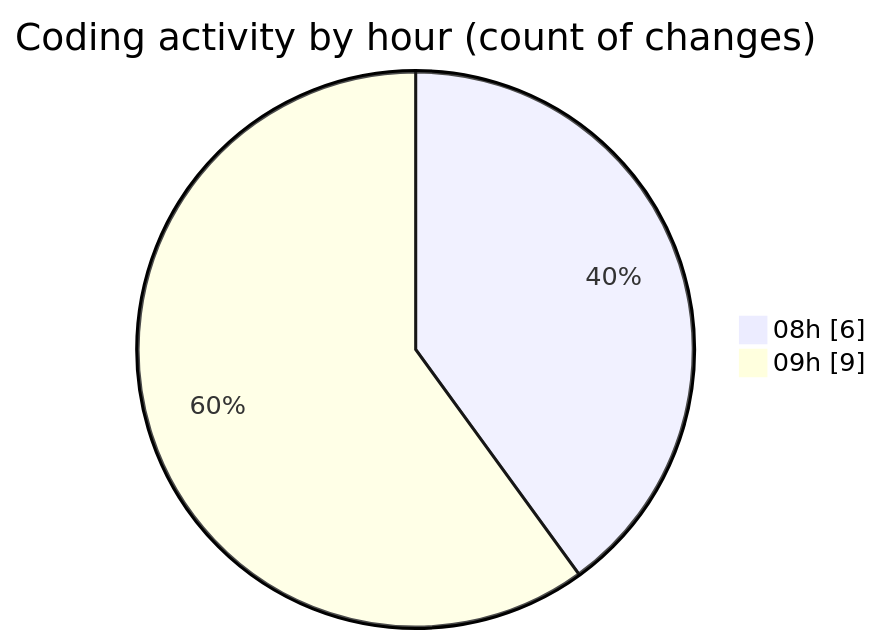
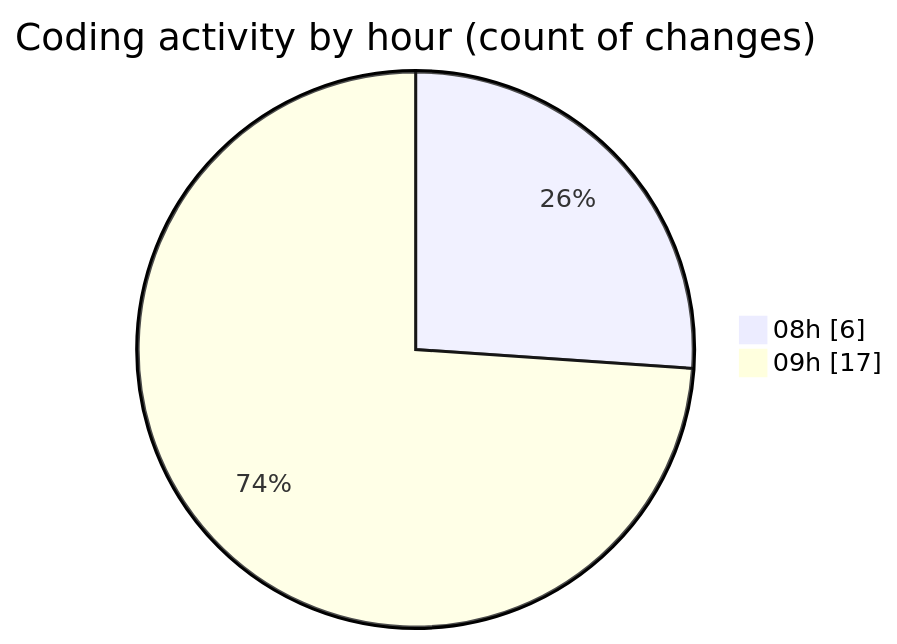
The second of 2 diagrams in 2026-01-29/cda/README.md (momahboobian/code-tracking), drawn with Mermaid before and after one commit. The commit also changed other lines of this file and 1 other file, not shown here.

````diff
--- a/2026-01-29/cda/README.md
+++ b/2026-01-29/cda/README.md
@@ -30,6 +30,6 @@
 ```mermaid
 pie showData
 title Coding activity by hour (count of changes)
 "08h" : 6
-"09h" : 9
+"09h" : 17
 ```
````
